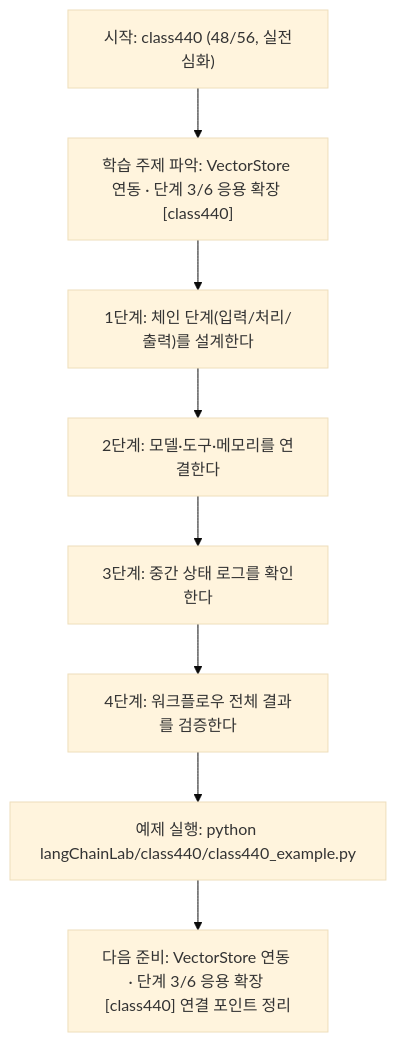
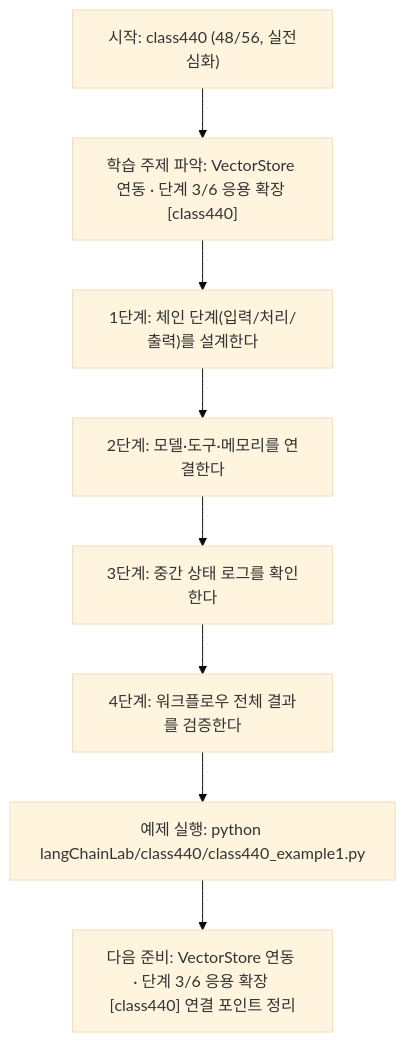
Before and after one commit to edumgt/Python-AI_Agent-Class: the diagram in langChainLab/class440/class440.md, drawn with Mermaid (base theme). The commit also changed other lines of this file and 2959 other files, not shown here.

````diff
--- a/langChainLab/class440/class440.md
+++ b/langChainLab/class440/class440.md
@@ -109,18 +109,18 @@
 ```mermaid
 flowchart TD
 N1["시작: class440 (48/56, 실전심화)"]
 N2["학습 주제 파악: VectorStore 연동 · 단계 3/6 응용 확장 [class440]"]
 N3["1단계: 체인 단계(입력/처리/출력)를 설계한다"]
 N4["2단계: 모델·도구·메모리를 연결한다"]
 N5["3단계: 중간 상태 로그를 확인한다"]
 N6["4단계: 워크플로우 전체 결과를 검증한다"]
-N7["예제 실행: python langChainLab/class440/class440_example.py"]
+N7["예제 실행: python langChainLab/class440/class440_example1.py"]
 N8["다음 준비: VectorStore 연동 · 단계 3/6 응용 확장 [class440] 연결 포인트 정리"]
 N1 --> N2
 N2 --> N3
 N3 --> N4
 N4 --> N5
 N5 --> N6
 N6 --> N7
 N7 --> N8
 ```
````
